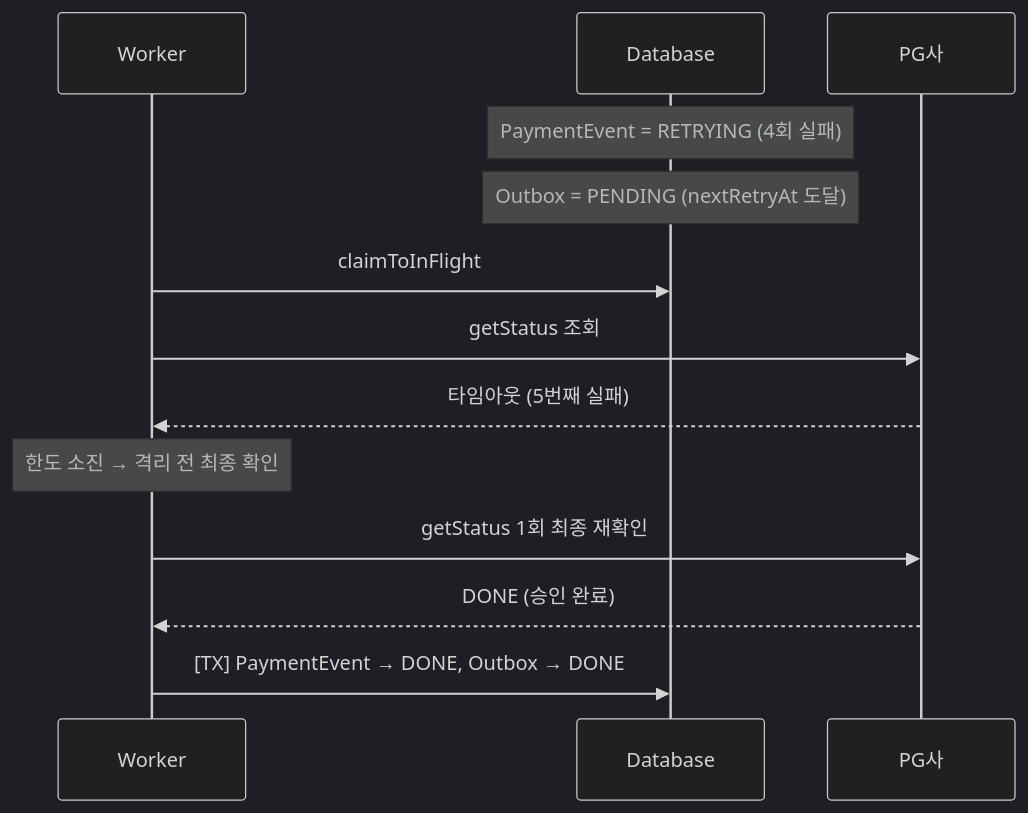
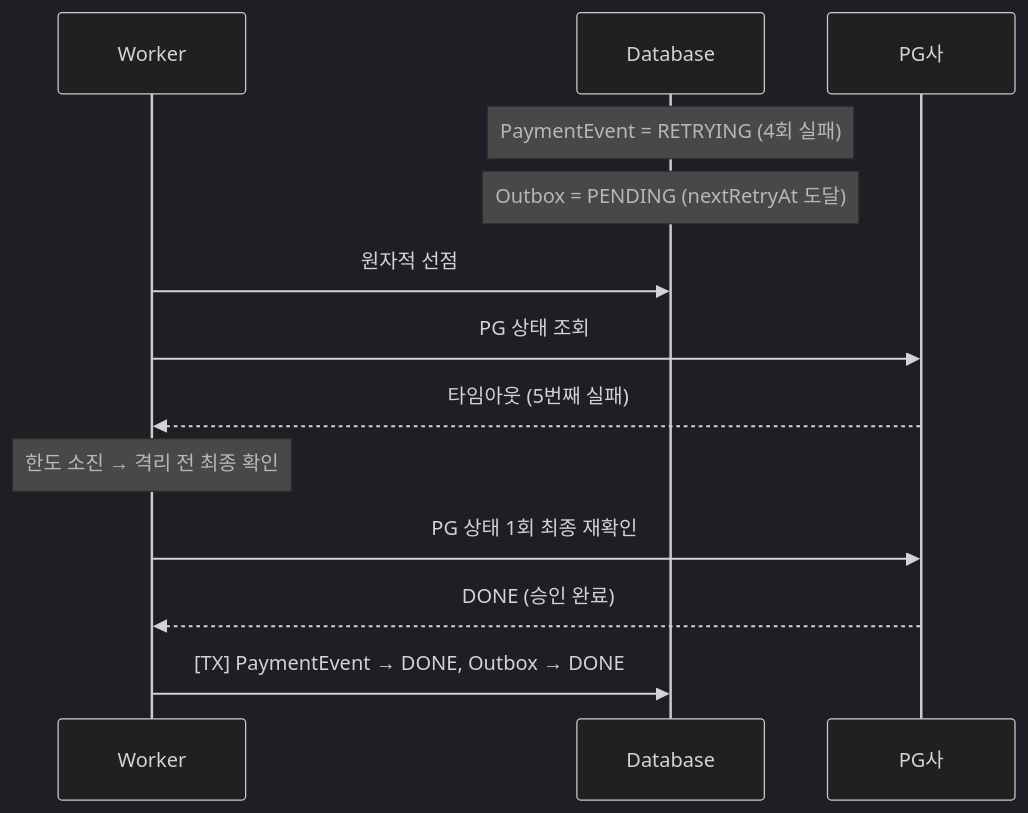
Before and after one commit to hyoguoo/hyoguoo.github.io: the eighth of 10 diagrams in src/content/docs/blog/payment-recovery-state-design.md, drawn with Mermaid (dark theme). The commit also changed other lines of this file, not shown here.

````diff
--- a/src/content/docs/blog/payment-recovery-state-design.md
+++ b/src/content/docs/blog/payment-recovery-state-design.md
@@ -322,15 +372,15 @@
 ```mermaid
 sequenceDiagram
     participant W as Worker
     participant DB as Database
     participant PG as PG사
     Note over DB: PaymentEvent = RETRYING (4회 실패)
     Note over DB: Outbox = PENDING (nextRetryAt 도달)
-    W ->> DB: claimToInFlight
-    W ->> PG: getStatus 조회
+    W ->> DB: 원자적 선점
+    W ->> PG: PG 상태 조회
     PG -->> W: 타임아웃 (5번째 실패)
     Note over W: 한도 소진 → 격리 전 최종 확인
-    W ->> PG: getStatus 1회 최종 재확인
+    W ->> PG: PG 상태 1회 최종 재확인
     PG -->> W: DONE (승인 완료)
     W ->> DB: [TX] PaymentEvent → DONE, Outbox → DONE
 ```
````
